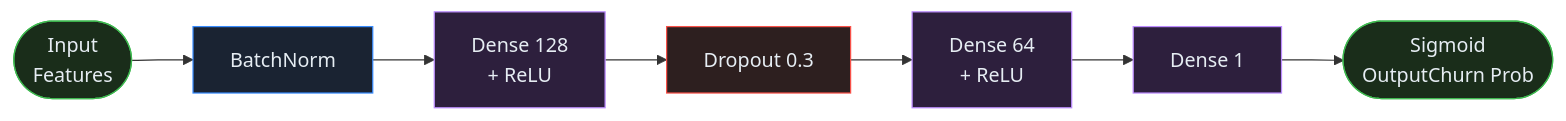
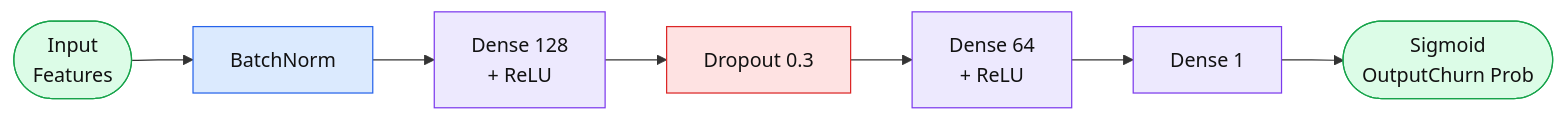
The fourth of 4 diagrams in README.md (Henry3151/Churn_Prediction_Advanced_Models_Optimized), drawn with Mermaid before and after one commit. The commit also changed other lines of this file, not shown here.

Commit message:
docs: README com diagramas Mermaid

````diff
--- a/README.md
+++ b/README.md
@@ -200,17 +200,17 @@
 ```mermaid
 graph LR
     IN([Input\nFeatures]) --> BN[BatchNorm]
     BN --> D1[Dense 128\n+ ReLU]
     D1 --> DR[Dropout 0.3]
     DR --> D2[Dense 64\n+ ReLU]
     D2 --> D3[Dense 1]
     D3 --> SIG([Sigmoid\nOutputChurn Prob])
 
-    style IN fill:#1a2d1a,stroke:#3fb950,color:#e6edf3
-    style SIG fill:#1a2d1a,stroke:#3fb950,color:#e6edf3
-    style BN fill:#1a2332,stroke:#388bfd,color:#e6edf3
-    style D1 fill:#2d1f3d,stroke:#bc8cff,color:#e6edf3
-    style DR fill:#2d1f1f,stroke:#f85149,color:#e6edf3
-    style D2 fill:#2d1f3d,stroke:#bc8cff,color:#e6edf3
-    style D3 fill:#2d1f3d,stroke:#bc8cff,color:#e6edf3
+    style IN fill:#dcfce7,stroke:#16a34a,color:#111111
+    style SIG fill:#dcfce7,stroke:#16a34a,color:#111111
+    style BN fill:#dbeafe,stroke:#2563eb,color:#111111
+    style D1 fill:#ede9fe,stroke:#7c3aed,color:#111111
+    style DR fill:#fee2e2,stroke:#dc2626,color:#111111
+    style D2 fill:#ede9fe,stroke:#7c3aed,color:#111111
+    style D3 fill:#ede9fe,stroke:#7c3aed,color:#111111
 ```
````
